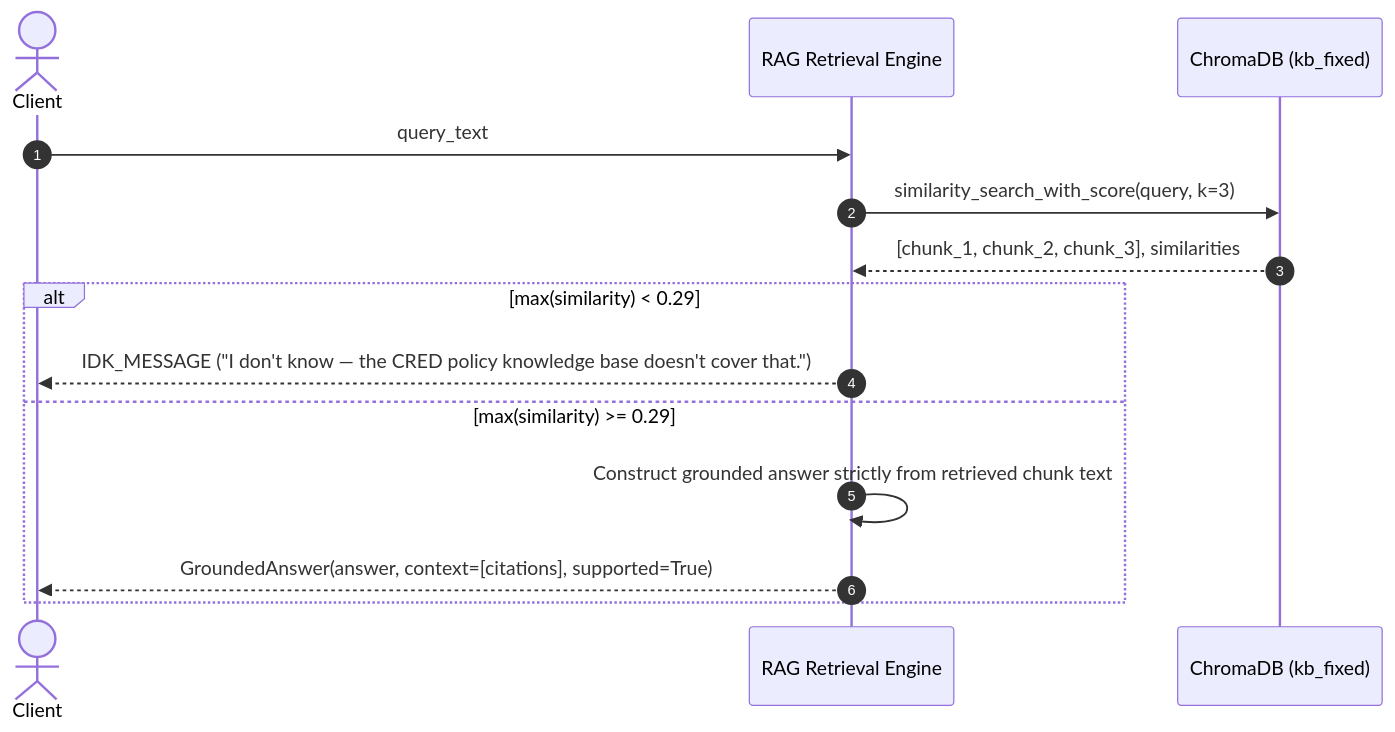
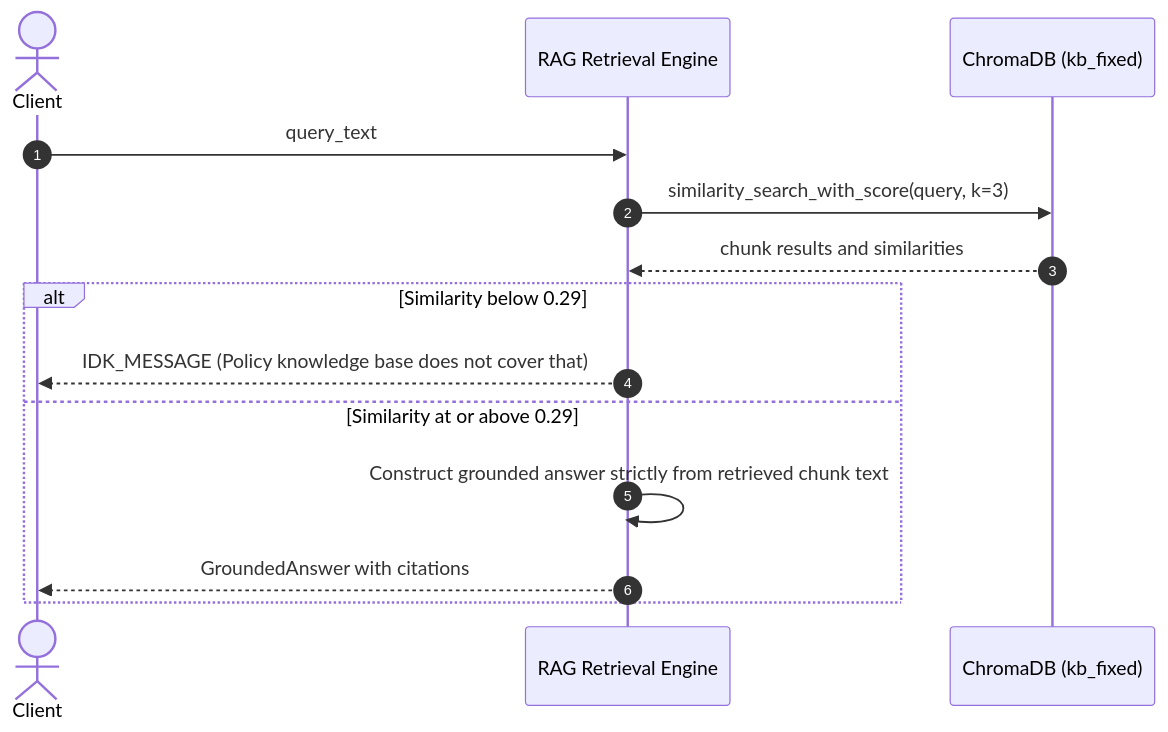
One commit to vidya-sagar-cx/credobot changed the third of 8 diagrams in architecture.md. Above: the diagram before and after it, drawn with Mermaid. The commit also changed other lines of this file and 2 other files, not shown here.

Commit message:
docs: fix LaTeX math underscore rendering and Mermaid diagram parsing syntax

````diff
--- a/architecture.md
+++ b/architecture.md
@@ -111,18 +111,18 @@
 ```mermaid
 sequenceDiagram
     autonumber
     actor Client
     participant RAG as RAG Retrieval Engine
     participant Chroma as ChromaDB (kb_fixed)
     
     Client->>RAG: query_text
     RAG->>Chroma: similarity_search_with_score(query, k=3)
-    Chroma-->>RAG: [chunk_1, chunk_2, chunk_3], similarities
+    Chroma-->>RAG: chunk results and similarities
     
-    alt max(similarity) < 0.29
-        RAG-->>Client: IDK_MESSAGE ("I don't know — the CRED policy knowledge base doesn't cover that.")
-    else max(similarity) >= 0.29
+    alt Similarity below 0.29
+        RAG-->>Client: IDK_MESSAGE (Policy knowledge base does not cover that)
+    else Similarity at or above 0.29
         RAG->>RAG: Construct grounded answer strictly from retrieved chunk text
-        RAG-->>Client: GroundedAnswer(answer, context=[citations], supported=True)
+        RAG-->>Client: GroundedAnswer with citations
     end
 ```
````
